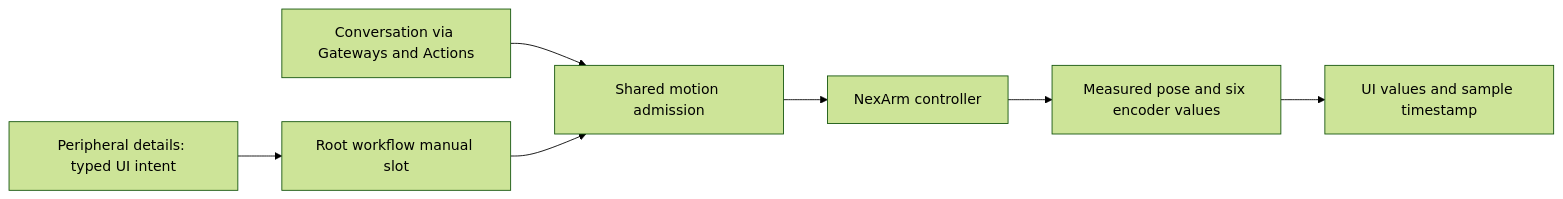
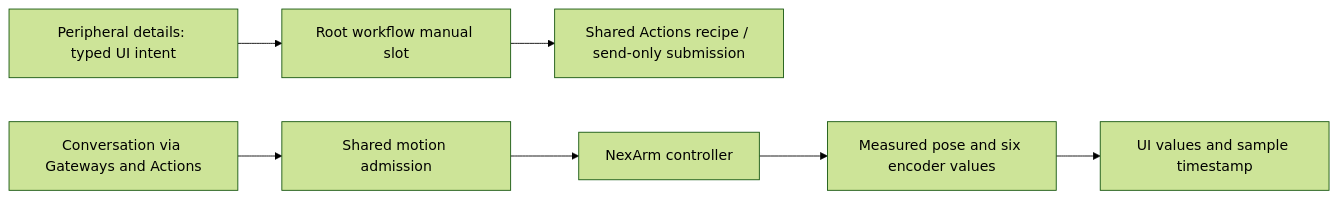
One commit to devilyouwei/MobileHarness changed the third of 5 diagrams in MobileHarness/App/Workflows/README.md. Above: the diagram before and after it, drawn with Mermaid (forest theme). The commit also changed other lines of this file and 70 other files, not shown here.

````diff
--- a/MobileHarness/App/Workflows/README.md
+++ b/MobileHarness/App/Workflows/README.md
@@ -114,9 +88,9 @@
 ```mermaid
 flowchart LR
     Details[Peripheral details: typed UI intent] --> Manual[Root workflow manual slot]
     Actions[Conversation via Gateways and Actions] --> Motion[Shared motion admission]
-    Manual --> Motion
+    Manual --> Recipe[Shared Actions recipe / send-only submission]
     Motion --> Controller[NexArm controller]
     Controller --> Feedback[Measured pose and six encoder values]
     Feedback --> State[UI values and sample timestamp]
 ```
````
